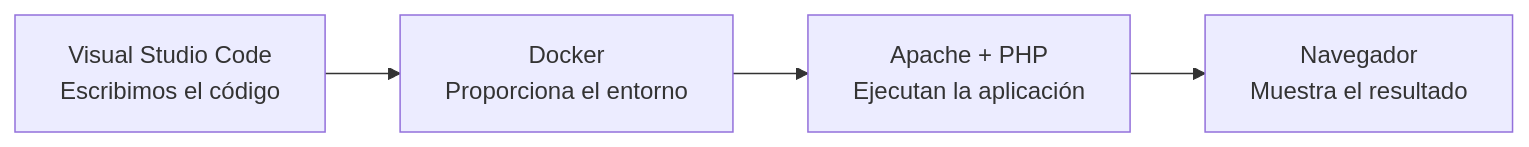
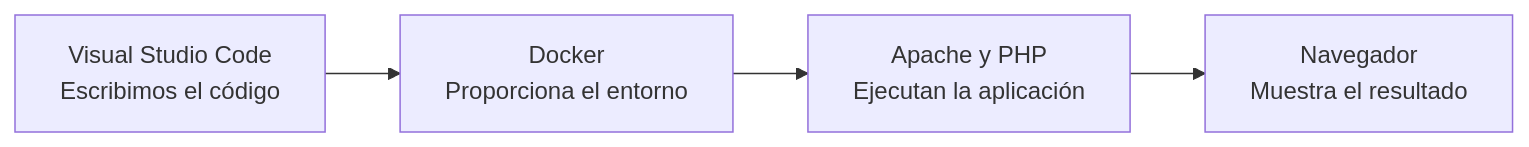
Before and after one commit to joagarjim/dwes: the diagram in docs/unidad-01/index.md, drawn with Mermaid. The commit also changed other lines of this file and 18 other files, not shown here.

````diff
--- a/docs/unidad-01/index.md
+++ b/docs/unidad-01/index.md
@@ -9,6 +11,11 @@
 ```mermaid
 flowchart LR
-    A["Visual Studio Code<br/>Escribimos el código"] --> B["Docker<br/>Proporciona el entorno"]
-    B --> C["Apache + PHP<br/>Ejecutan la aplicación"]
-    C --> D["Navegador<br/>Muestra el resultado"]
+    A["Visual Studio Code<br/>Escribimos el código"]
+    B["Docker<br/>Proporciona el entorno"]
+    C["Apache y PHP<br/>Ejecutan la aplicación"]
+    D["Navegador<br/>Muestra el resultado"]
+
+    A --> B
+    B --> C
+    C --> D
 ```
````
